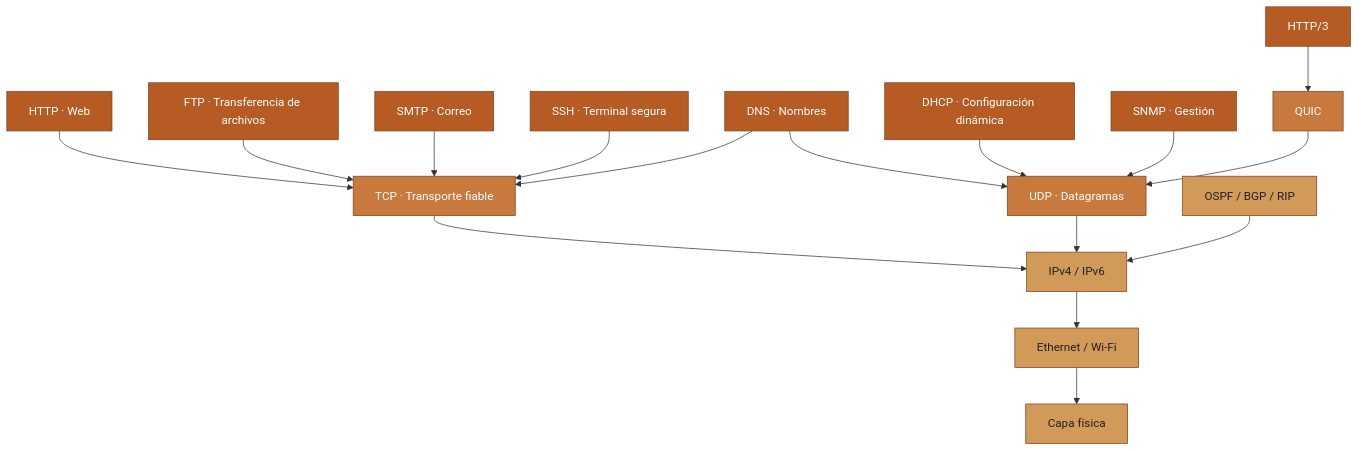
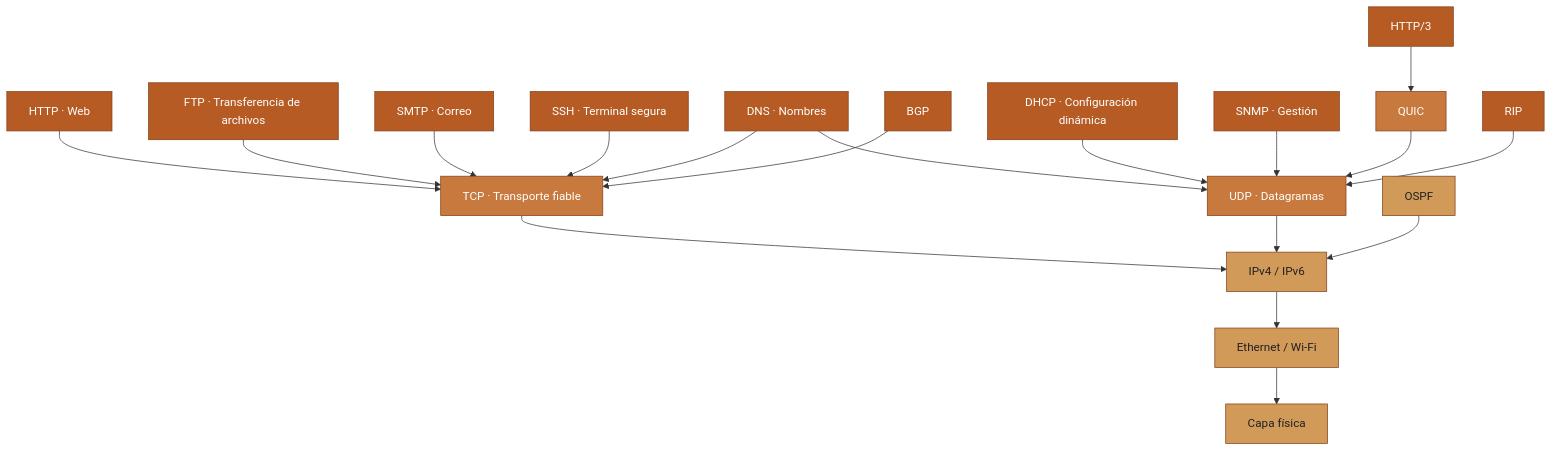
Before and after one commit to P3M-ACTF/Biblioteca: the diagram in Redes/mapa-protocolos/mermaid/tcp.mmd, drawn with Mermaid. The commit also changed 2 other files, not shown here.

```diff
--- a/Redes/mapa-protocolos/mermaid/tcp.mmd
+++ b/Redes/mapa-protocolos/mermaid/tcp.mmd
@@ -1,21 +1,23 @@
 flowchart TB
  HTTP["HTTP · Web"] --> TCP["TCP · Transporte fiable"]
  FTP["FTP · Transferencia de archivos"] --> TCP
  SMTP["SMTP · Correo"] --> TCP
  SSH["SSH · Terminal segura"] --> TCP
  DNS["DNS · Nombres"] --> UDP["UDP · Datagramas"]
  DNS --> TCP
  DHCP["DHCP · Configuración dinámica"] --> UDP
  SNMP["SNMP · Gestión"] --> UDP
  HTTP3["HTTP/3"] --> QUIC["QUIC"] --> UDP
  TCP --> IP["IPv4 / IPv6"]
  UDP --> IP
  IP --> ETH["Ethernet / Wi-Fi"]
  ETH --> PHY["Capa física"]
- OSPF["OSPF / BGP / RIP"] --> IP
+ OSPF["OSPF"] --> IP
+ BGP["BGP"] --> TCP
+ RIP["RIP"] --> UDP
  classDef app fill:#b65b24,color:#fff,stroke:#85401a
  classDef transport fill:#c7793e,color:#fff,stroke:#85401a
  classDef network fill:#d29a58,color:#1f2024,stroke:#85401a
- class HTTP,FTP,SMTP,SSH,DNS,DHCP,SNMP,HTTP3 app
+ class HTTP,FTP,SMTP,SSH,DNS,DHCP,SNMP,HTTP3,BGP,RIP app
  class TCP,UDP,QUIC transport
  class IP,ETH,PHY,OSPF network
```
